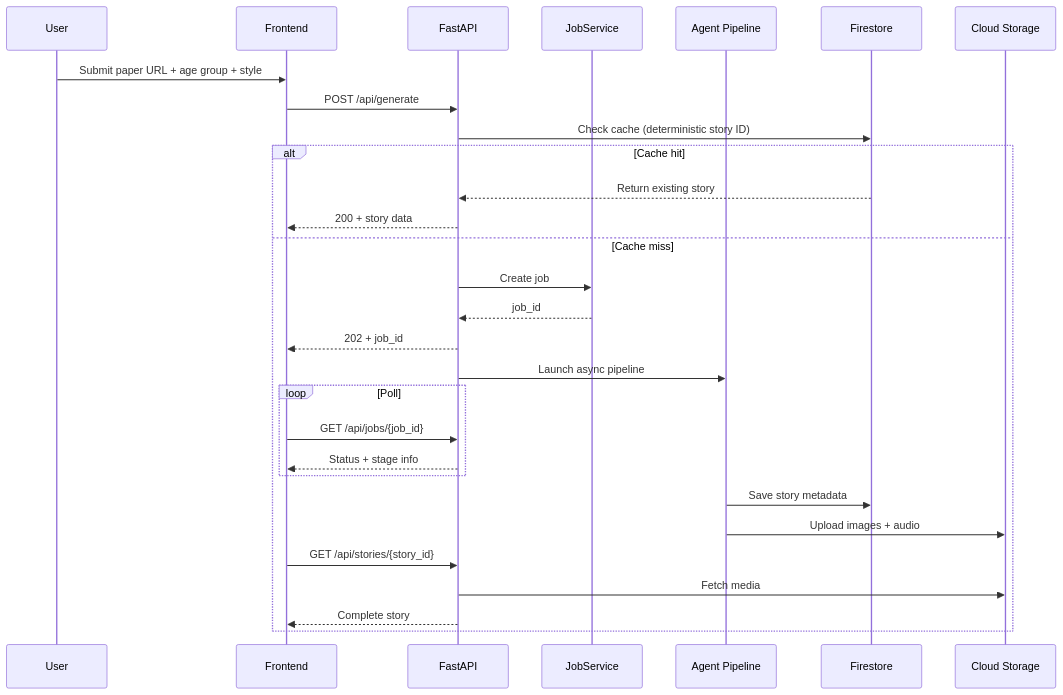
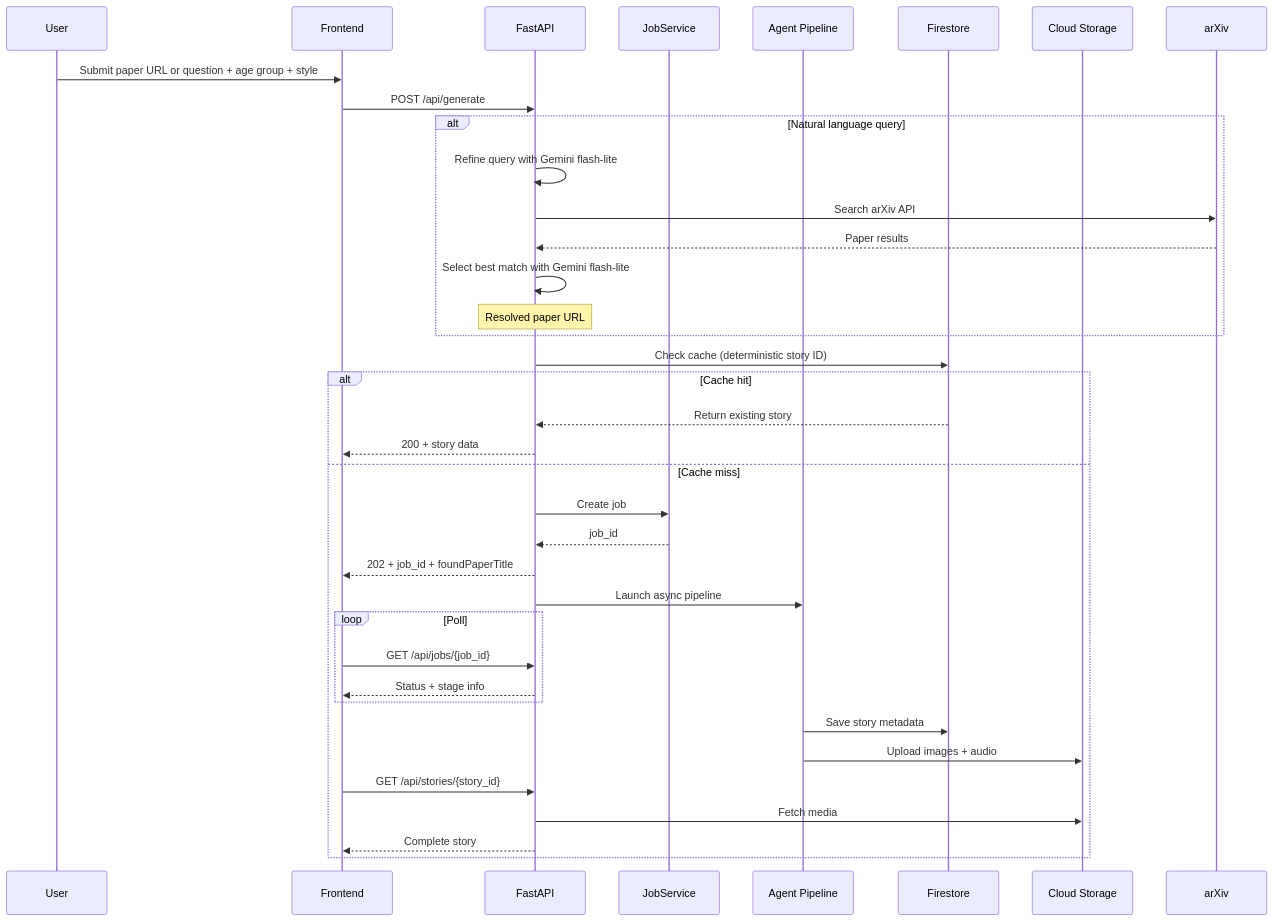
Before and after one commit to aria-vibe/paper-tales: the second of 4 diagrams in README.md, drawn with Mermaid. The commit also changed other lines of this file and 4 other files, not shown here.

````diff
--- a/README.md
+++ b/README.md
@@ -63,32 +64,39 @@
 ```mermaid
 sequenceDiagram
     participant U as User
     participant FE as Frontend
     participant API as FastAPI
     participant JS as JobService
     participant Pipeline as Agent Pipeline
     participant FS as Firestore
     participant GCS as Cloud Storage
 
-    U->>FE: Submit paper URL + age group + style
+    U->>FE: Submit paper URL or question + age group + style
     FE->>API: POST /api/generate
+    alt Natural language query
+        API->>API: Refine query with Gemini flash-lite
+        API->>arXiv: Search arXiv API
+        arXiv-->>API: Paper results
+        API->>API: Select best match with Gemini flash-lite
+        Note over API: Resolved paper URL
+    end
     API->>FS: Check cache (deterministic story ID)
     alt Cache hit
         FS-->>API: Return existing story
         API-->>FE: 200 + story data
     else Cache miss
         API->>JS: Create job
         JS-->>API: job_id
-        API-->>FE: 202 + job_id
+        API-->>FE: 202 + job_id + foundPaperTitle
         API->>Pipeline: Launch async pipeline
         loop Poll
             FE->>API: GET /api/jobs/{job_id}
             API-->>FE: Status + stage info
         end
         Pipeline->>FS: Save story metadata
         Pipeline->>GCS: Upload images + audio
         FE->>API: GET /api/stories/{story_id}
         API->>GCS: Fetch media
         API-->>FE: Complete story
     end
 ```
````
